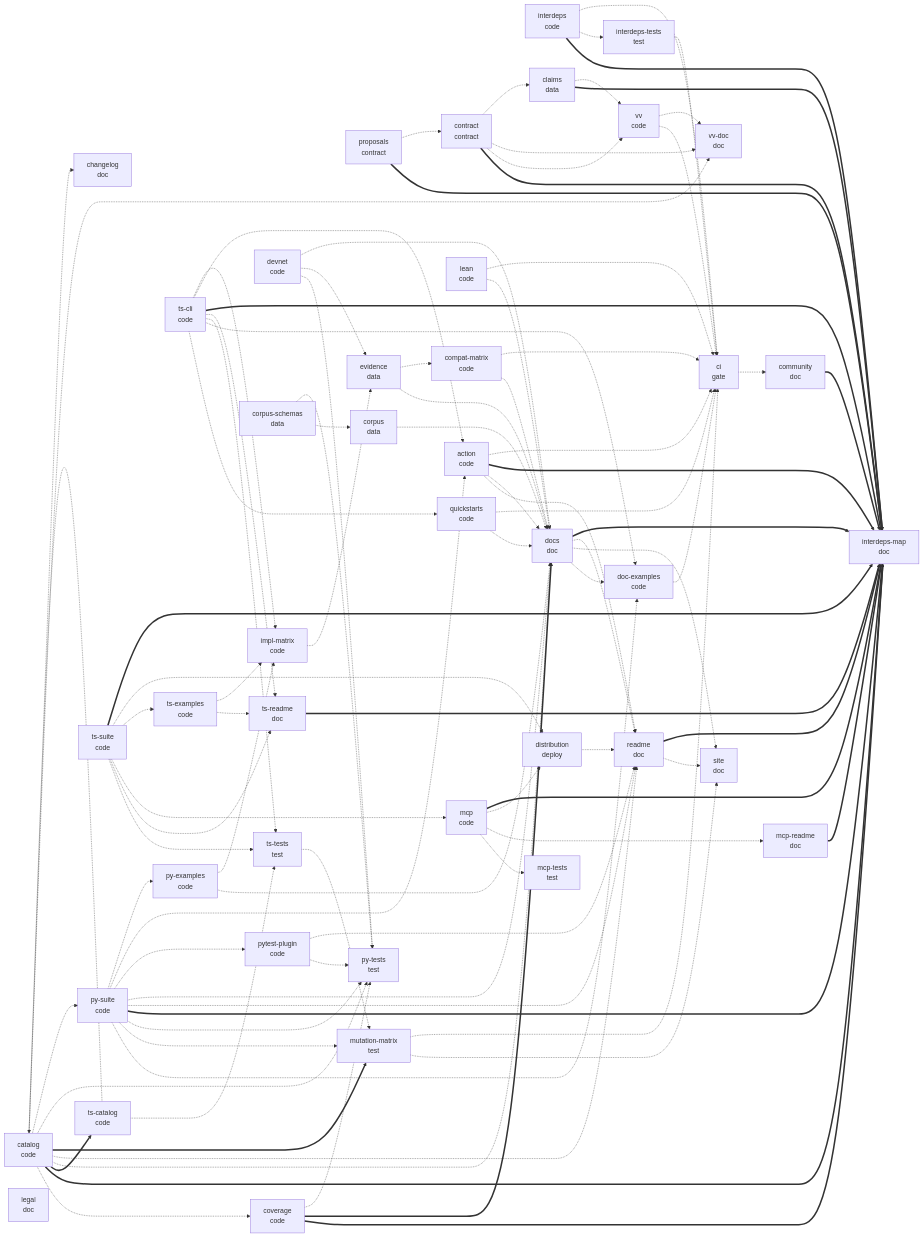
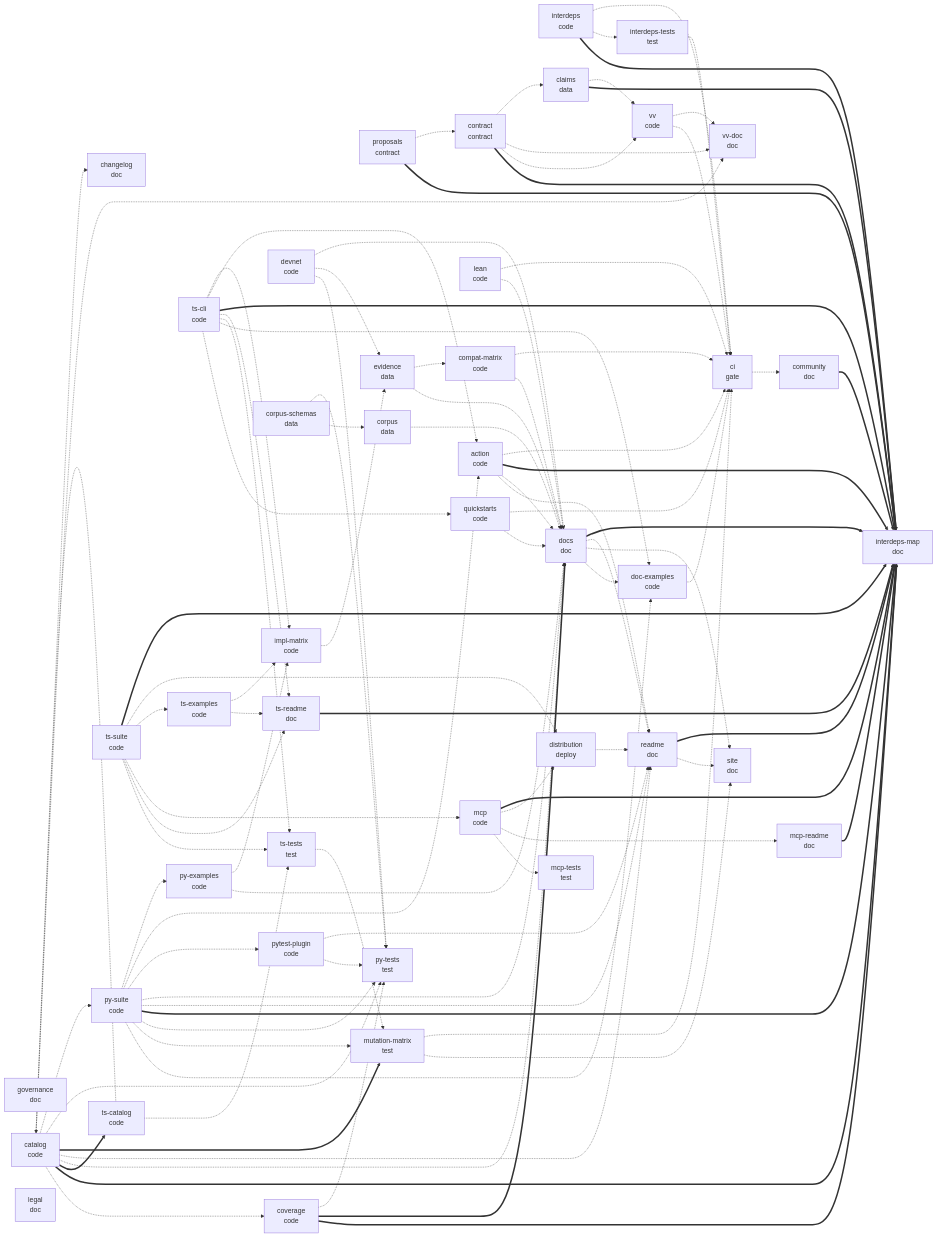
One commit to atsp-protocol/x402-conformance changed the second of 2 diagrams in docs/INTERDEPENDENCY.md. Above: the diagram before and after it, drawn with Mermaid. The commit also changed other lines of this file and 1 other file, not shown here.

First line of the commit message:
Cover GOVERNANCE.md and the check-id tool in the interdependency map.

````diff
--- a/docs/INTERDEPENDENCY.md
+++ b/docs/INTERDEPENDENCY.md
@@ -581,6 +581,7 @@
 ```mermaid
 graph LR
   interdeps["interdeps<br/>code"]
+  governance["governance<br/>doc"]
   interdeps_map["interdeps-map<br/>doc"]
   interdeps_tests["interdeps-tests<br/>test"]
   coverage["coverage<br/>code"]
````
